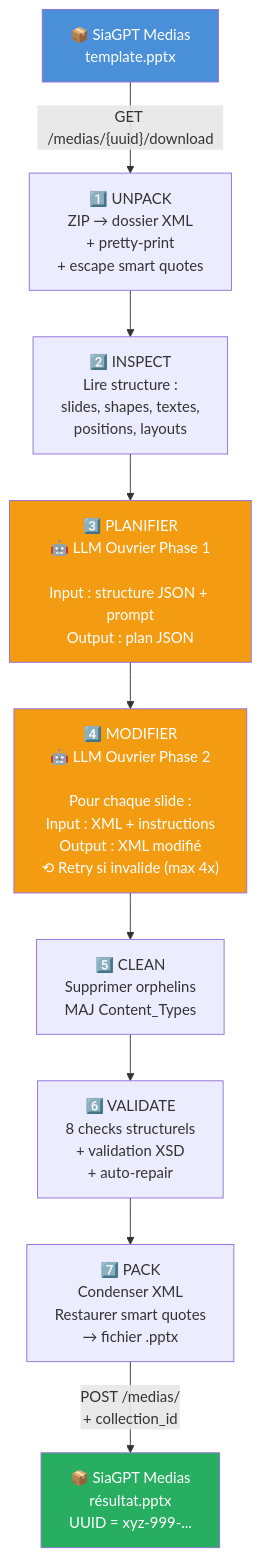
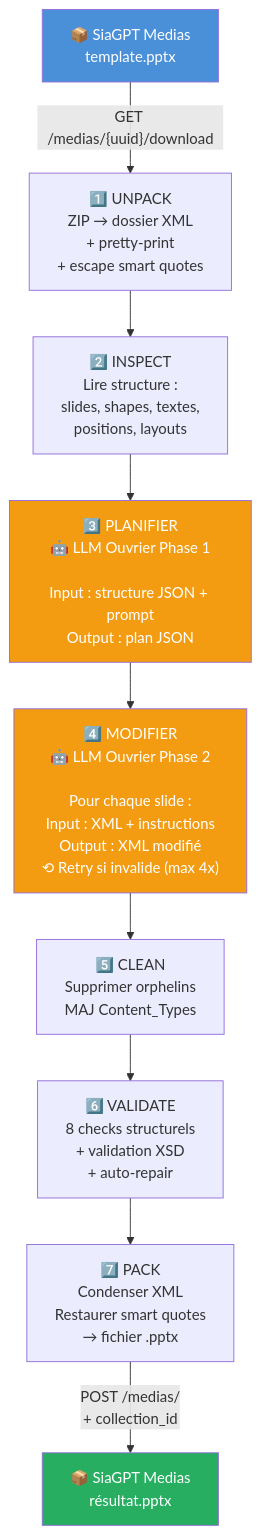
The second of 2 diagrams in README.md (eldjoudjou/pptx-service), drawn with Mermaid before and after one commit. The commit also changed other lines of this file, not shown here.

````diff
--- a/README.md
+++ b/README.md
@@ -171,16 +169,16 @@
 ```mermaid
 graph TD
     A[📦 SiaGPT Medias<br/>template.pptx] -->|"GET /medias/{uuid}/download"| B["1️⃣ UNPACK<br/>ZIP → dossier XML<br/>+ pretty-print<br/>+ escape smart quotes"]
     B --> C["2️⃣ INSPECT<br/>Lire structure :<br/>slides, shapes, textes,<br/>positions, layouts"]
     C --> D["3️⃣ PLANIFIER<br/>🤖 LLM Ouvrier Phase 1<br/><br/>Input : structure JSON + prompt<br/>Output : plan JSON"]
     D --> E["4️⃣ MODIFIER<br/>🤖 LLM Ouvrier Phase 2<br/><br/>Pour chaque slide :<br/>Input : XML + instructions<br/>Output : XML modifié<br/>⟲ Retry si invalide (max 4x)"]
     E --> F["5️⃣ CLEAN<br/>Supprimer orphelins<br/>MAJ Content_Types"]
     F --> G["6️⃣ VALIDATE<br/>8 checks structurels<br/>+ validation XSD<br/>+ auto-repair"]
     G --> H["7️⃣ PACK<br/>Condenser XML<br/>Restaurer smart quotes<br/>→ fichier .pptx"]
-    H -->|"POST /medias/<br/>+ collection_id"| I["📦 SiaGPT Medias<br/>résultat.pptx<br/>UUID = xyz-999-..."]
+    H -->|"POST /medias/<br/>+ collection_id"| I["📦 SiaGPT Medias<br/>résultat.pptx"]
 
     style A fill:#4a90d9,color:#fff
     style I fill:#27ae60,color:#fff
     style D fill:#f39c12,color:#fff
     style E fill:#f39c12,color:#fff
 ```
````
